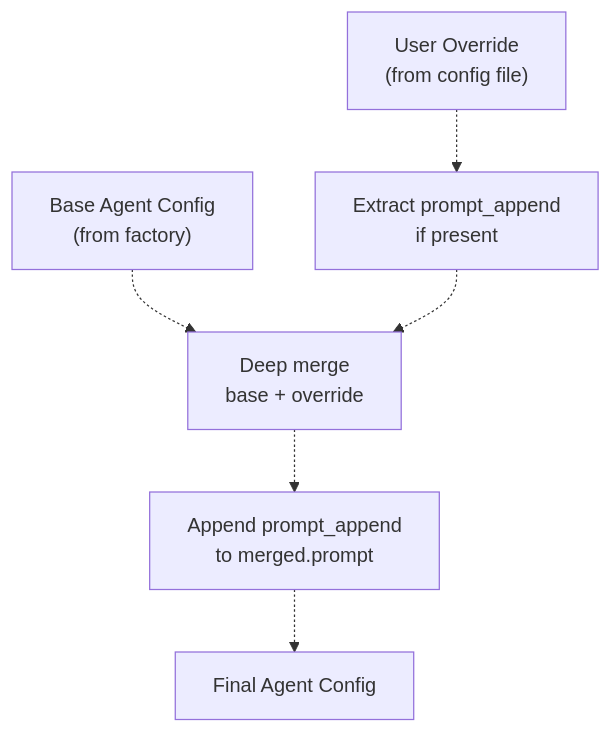
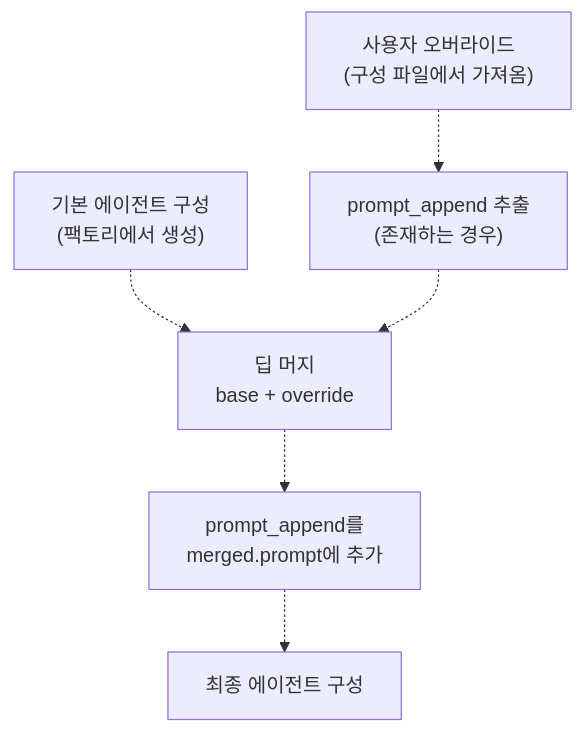
The fourth of 4 diagrams in docs/advanced/model-configuration.md (felipetruman/oh-my-opencode-docs), drawn with Mermaid before and after one commit. The commit also changed other lines of this file and 76 other files, not shown here.

````diff
--- a/docs/advanced/model-configuration.md
+++ b/docs/advanced/model-configuration.md
@@ -317,16 +311,16 @@
 ```mermaid
 flowchart TD
 
-Base["Base Agent Config<br>(from factory)"]
-Override["User Override<br>(from config file)"]
-Extract["Extract prompt_append<br>if present"]
-Merge["Deep merge<br>base + override"]
-Append["Append prompt_append<br>to merged.prompt"]
-Final["Final Agent Config"]
+Base["기본 에이전트 구성<br>(팩토리에서 생성)"]
+Override["사용자 오버라이드<br>(구성 파일에서 가져옴)"]
+Extract["prompt_append 추출<br>(존재하는 경우)"]
+Merge["딥 머지<br>base + override"]
+Append["prompt_append를<br>merged.prompt에 추가"]
+Final["최종 에이전트 구성"]
 
 Base -.-> Merge
 Override -.-> Extract
 Extract -.-> Merge
 Merge -.-> Append
 Append -.-> Final
 ```
````
